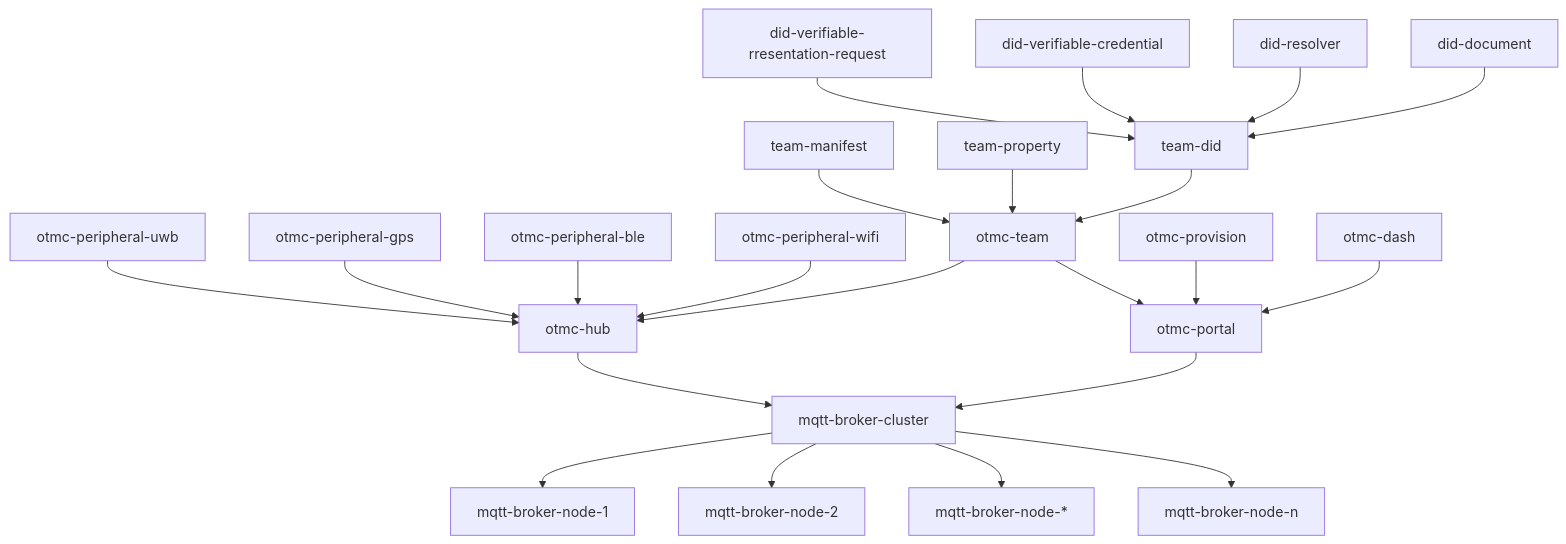
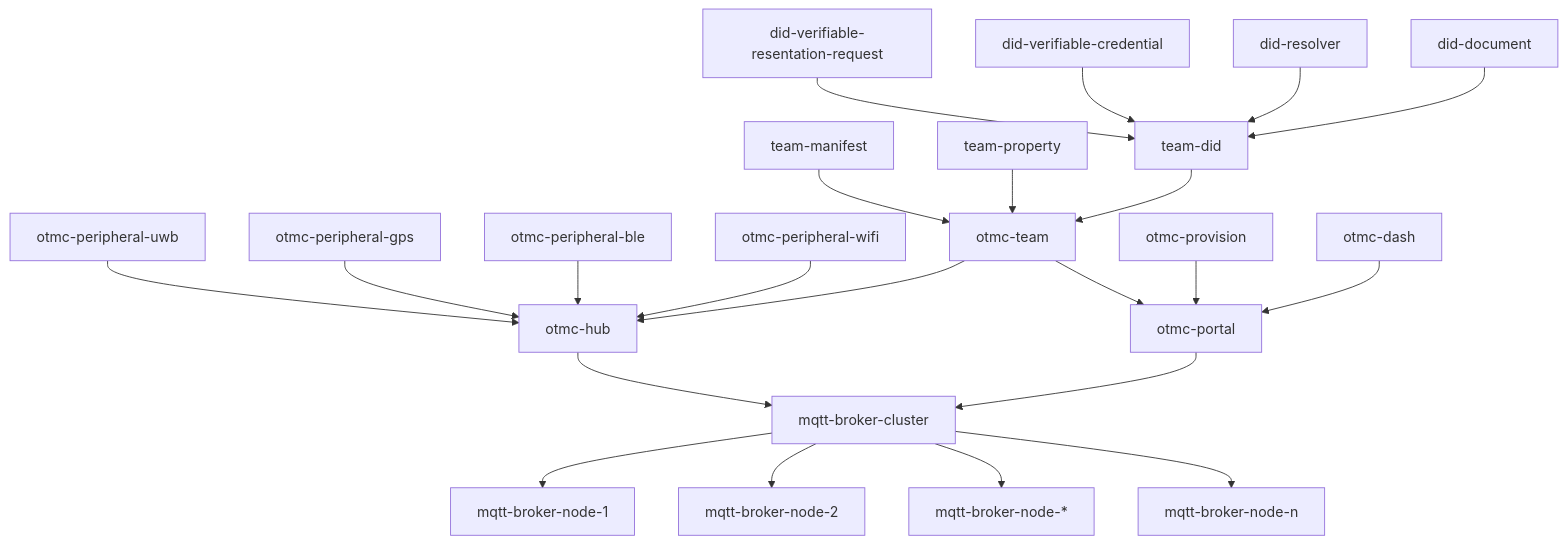
One commit to WatorVapor/otmc changed the first of 5 diagrams in README.md. Above: the diagram before and after it, drawn with Mermaid. The commit also changed other lines of this file, not shown here.

````diff
--- a/README.md
+++ b/README.md
@@ -5,32 +5,32 @@
 ```mermaid
 graph TD;
     otmc-peripheral-uwb --> otmc-hub;
     otmc-peripheral-gps --> otmc-hub;
     otmc-peripheral-ble --> otmc-hub;
     otmc-peripheral-wifi --> otmc-hub;
     
 
     otmc-hub --> mqtt-broker-cluster;
     otmc-portal --> mqtt-broker-cluster;
 
-    did-verifiable-rresentation-request  --> team-did;
+    did-verifiable-resentation-request  --> team-did;
     did-verifiable-credential  --> team-did;
     did-resolver --> team-did;
     did-document --> team-did;
     
     team-manifest --> otmc-team;
     team-property --> otmc-team;
     team-did --> otmc-team;
 
     otmc-team --> otmc-portal;
     otmc-team --> otmc-hub;
     otmc-provision --> otmc-portal;
     otmc-dash --> otmc-portal;
 
 
     mqtt-broker-cluster --> mqtt-broker-node-1;
     mqtt-broker-cluster --> mqtt-broker-node-2;
     mqtt-broker-cluster --> mqtt-broker-node-*;
     mqtt-broker-cluster --> mqtt-broker-node-n;
 
 ```
````
